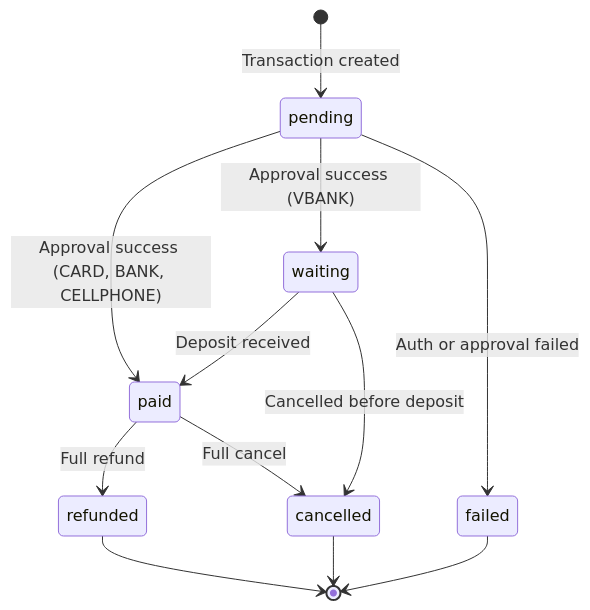
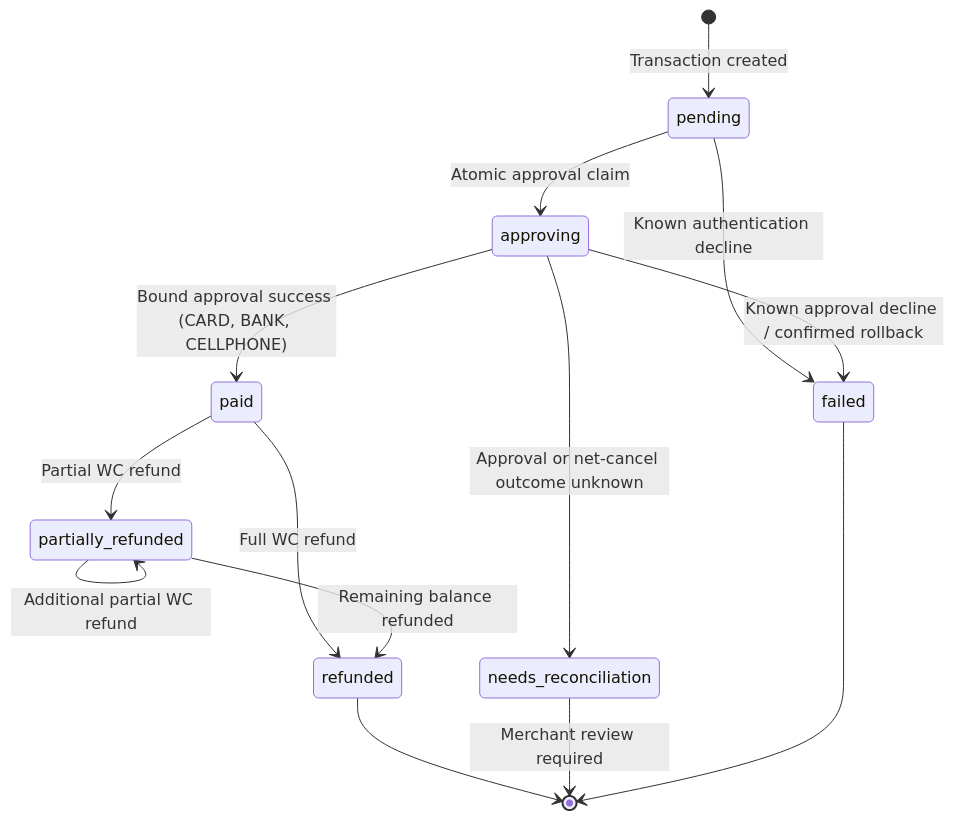
The eighth of 9 diagrams in docs/ARCHITECTURE.md (cemililik/nicepay-paymentgateway-wordpress-plugin), drawn with Mermaid before and after one commit. The commit also changed other lines of this file and 109 other files, not shown here.

````diff
--- a/docs/ARCHITECTURE.md
+++ b/docs/ARCHITECTURE.md
@@ -332,14 +344,16 @@
 ```mermaid
 stateDiagram-v2
     [*] --> pending : Transaction created
-    pending --> paid : Approval success (CARD, BANK, CELLPHONE)
-    pending --> waiting : Approval success (VBANK)
-    pending --> failed : Auth or approval failed
-    waiting --> paid : Deposit received
-    waiting --> cancelled : Cancelled before deposit
-    paid --> refunded : Full refund
-    paid --> cancelled : Full cancel
+    pending --> approving : Atomic approval claim
+    approving --> paid : Bound approval success (CARD, BANK, CELLPHONE)
+    pending --> failed : Known authentication decline
+    approving --> failed : Known approval decline / confirmed rollback
+    approving --> needs_reconciliation : Approval or net-cancel outcome unknown
+    paid --> partially_refunded : Partial WC refund
+    partially_refunded --> partially_refunded : Additional partial WC refund
+    paid --> refunded : Full WC refund
+    partially_refunded --> refunded : Remaining balance refunded
     refunded --> [*]
-    cancelled --> [*]
+    needs_reconciliation --> [*] : Merchant review required
     failed --> [*]
 ```
````
